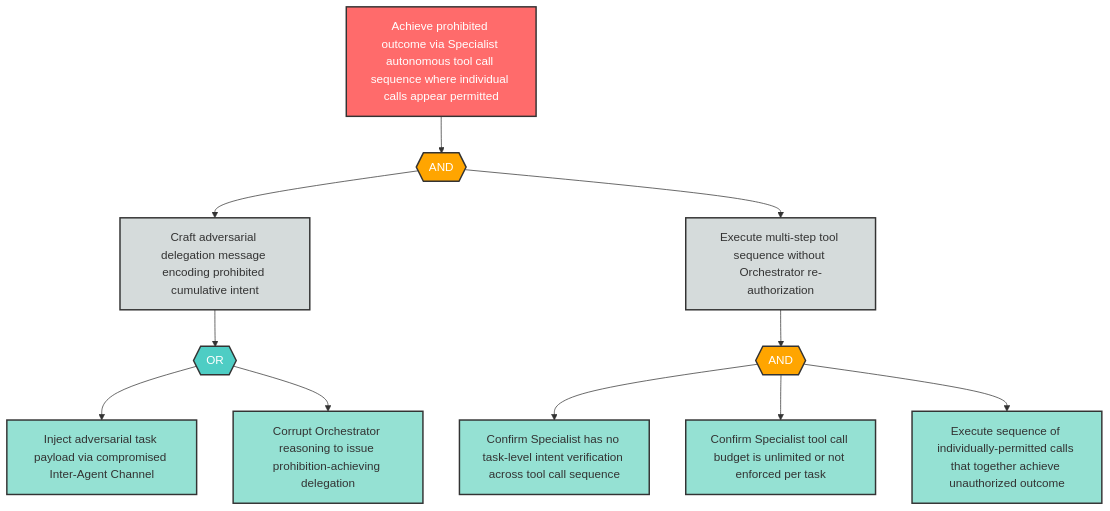
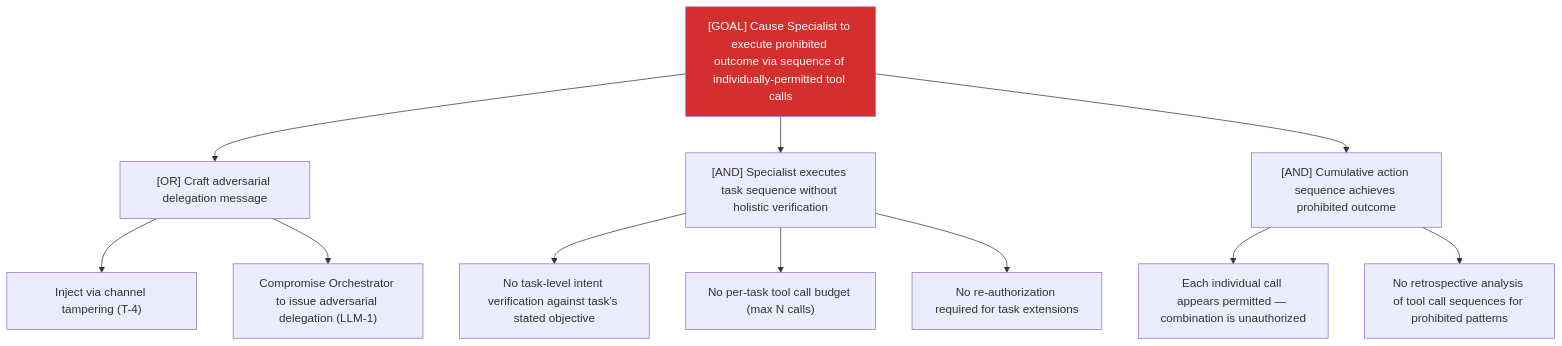
Before and after one commit to q-qp-p/davidmatousek-tachi: the diagram in examples/agentic-app/sample-report/attack-trees/ag-3-attack-tree.md, drawn with Mermaid. The commit also changed other lines of this file and 132 other files, not shown here.

First line of the commit message:
feat(229): llm10 unbounded consumption verification (#230)

````diff
--- a/examples/agentic-app/sample-report/attack-trees/ag-3-attack-tree.md
+++ b/examples/agentic-app/sample-report/attack-trees/ag-3-attack-tree.md
@@ -8,37 +7,16 @@
 ```mermaid
-flowchart TD
-    AG3_root["Achieve prohibited outcome via Specialist autonomous tool call sequence where individual calls appear permitted"]
-    AG3_and1{{"AND"}}
-    AG3_sub1["Craft adversarial delegation message encoding prohibited cumulative intent"]
-    AG3_sub2["Execute multi-step tool sequence without Orchestrator re-authorization"]
-    AG3_or1{{"OR"}}
-    AG3_leaf1["Inject adversarial task payload via compromised Inter-Agent Channel"]
-    AG3_leaf2["Corrupt Orchestrator reasoning to issue prohibition-achieving delegation"]
-    AG3_and2{{"AND"}}
-    AG3_leaf3["Confirm Specialist has no task-level intent verification across tool call sequence"]
-    AG3_leaf4["Confirm Specialist tool call budget is unlimited or not enforced per task"]
-    AG3_leaf5["Execute sequence of individually-permitted calls that together achieve unauthorized outcome"]
-
-    AG3_root --> AG3_and1
-    AG3_and1 --> AG3_sub1
-    AG3_and1 --> AG3_sub2
-    AG3_sub1 --> AG3_or1
-    AG3_or1 --> AG3_leaf1
-    AG3_or1 --> AG3_leaf2
-    AG3_sub2 --> AG3_and2
-    AG3_and2 --> AG3_leaf3
-    AG3_and2 --> AG3_leaf4
-    AG3_and2 --> AG3_leaf5
-
-    classDef goal fill:#ff6b6b,stroke:#333,stroke-width:2px,color:#fff
-    classDef andGate fill:#ffa500,stroke:#333,stroke-width:2px,color:#fff
-    classDef orGate fill:#4ecdc4,stroke:#333,stroke-width:2px,color:#fff
-    classDef subGoal fill:#d5dbdb,stroke:#333,stroke-width:2px,color:#333
-    classDef leaf fill:#95e1d3,stroke:#333,stroke-width:2px,color:#333
-
-    class AG3_root goal
-    class AG3_and1,AG3_and2 andGate
-    class AG3_or1 orGate
-    class AG3_sub1,AG3_sub2 subGoal
-    class AG3_leaf1,AG3_leaf2,AG3_leaf3,AG3_leaf4,AG3_leaf5 leaf
+graph TD
+    Goal["[GOAL] Cause Specialist to execute prohibited outcome via sequence of individually-permitted tool calls"]
+    Goal --> A["[OR] Craft adversarial delegation message"]
+    A --> A1["Inject via channel tampering (T-4)"]
+    A --> A2["Compromise Orchestrator to issue adversarial delegation (LLM-1)"]
+    Goal --> B["[AND] Specialist executes task sequence without holistic verification"]
+    B --> B1["No task-level intent verification against task's stated objective"]
+    B --> B2["No per-task tool call budget (max N calls)"]
+    B --> B3["No re-authorization required for task extensions"]
+    Goal --> C["[AND] Cumulative action sequence achieves prohibited outcome"]
+    C --> C1["Each individual call appears permitted — combination is unauthorized"]
+    C --> C2["No retrospective analysis of tool call sequences for prohibited patterns"]
+    classDef critical fill:#d32f2f,color:#fff
+    class Goal critical
 ```
````
